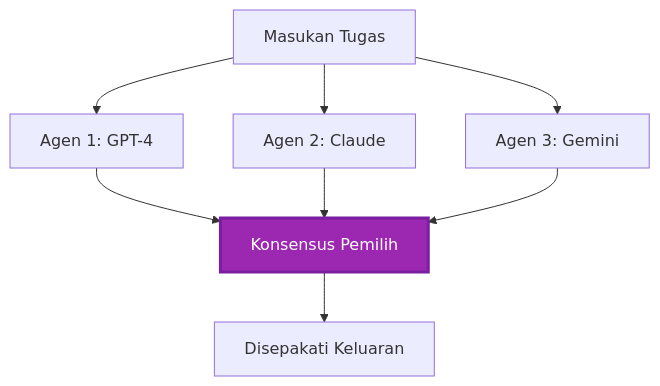
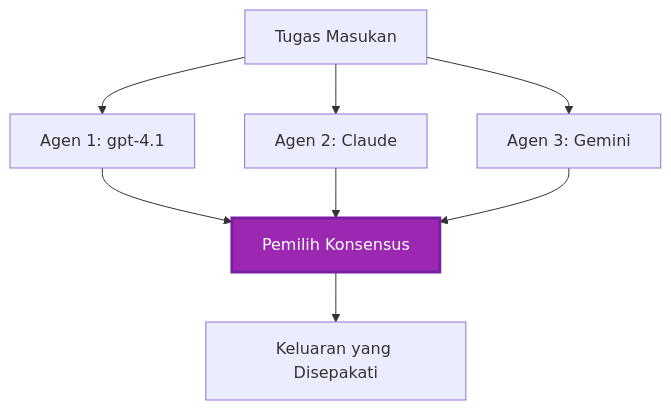
The fifth of 6 diagrams in translations/id/docs/chapter-06-pre-deployment/coordination-patterns.md (microsoft/AZD-for-beginners), drawn with Mermaid before and after one commit. The commit also changed other lines of this file and 101 other files, not shown here.

````diff
--- a/translations/id/docs/chapter-06-pre-deployment/coordination-patterns.md
+++ b/translations/id/docs/chapter-06-pre-deployment/coordination-patterns.md
@@ -231,19 +225,19 @@
 ```mermaid
 graph TB
-    Input[Masukan Tugas]
-    Agent1[Agen 1: GPT-4]
+    Input[Tugas Masukan]
+    Agent1[Agen 1: gpt-4.1]
     Agent2[Agen 2: Claude]
     Agent3[Agen 3: Gemini]
-    Voter[Konsensus Pemilih]
-    Output[Disepakati Keluaran]
+    Voter[Pemilih Konsensus]
+    Output[Keluaran yang Disepakati]
     
     Input --> Agent1
     Input --> Agent2
     Input --> Agent3
     Agent1 --> Voter
     Agent2 --> Voter
     Agent3 --> Voter
     Voter --> Output
     
     style Voter fill:#9C27B0,stroke:#7B1FA2,stroke-width:3px,color:#fff
 ```
````
